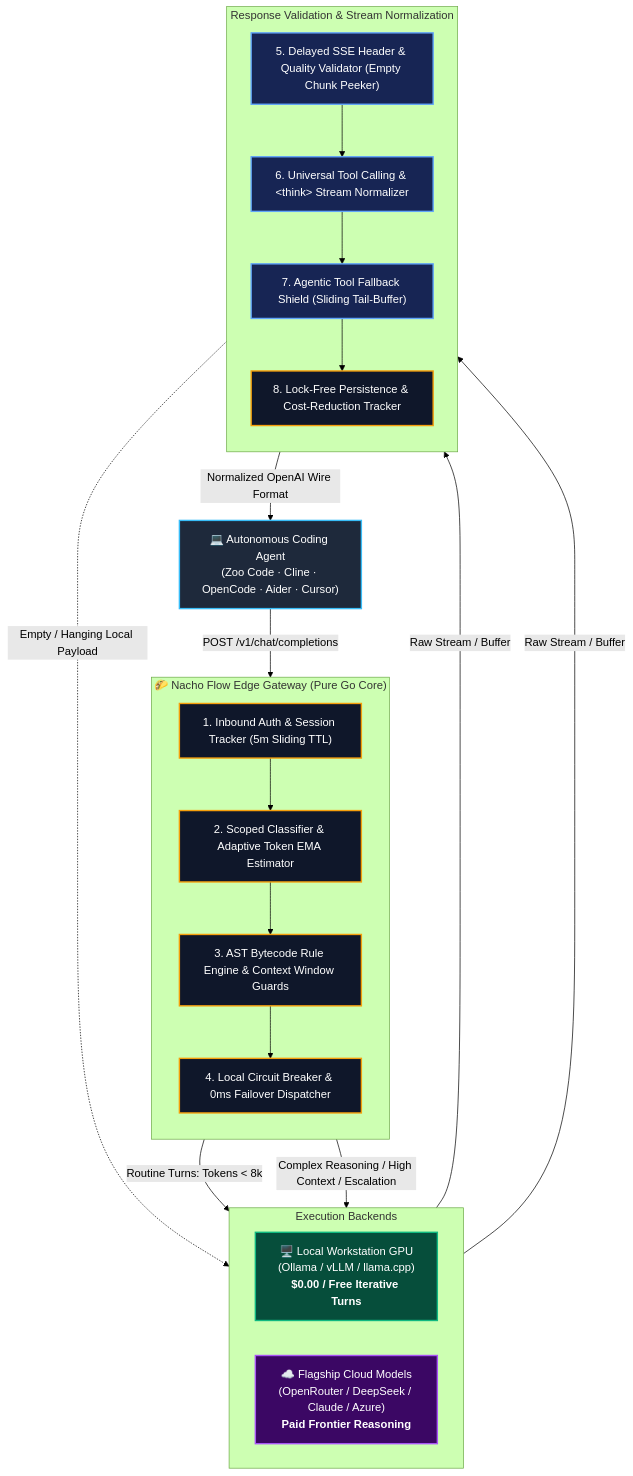
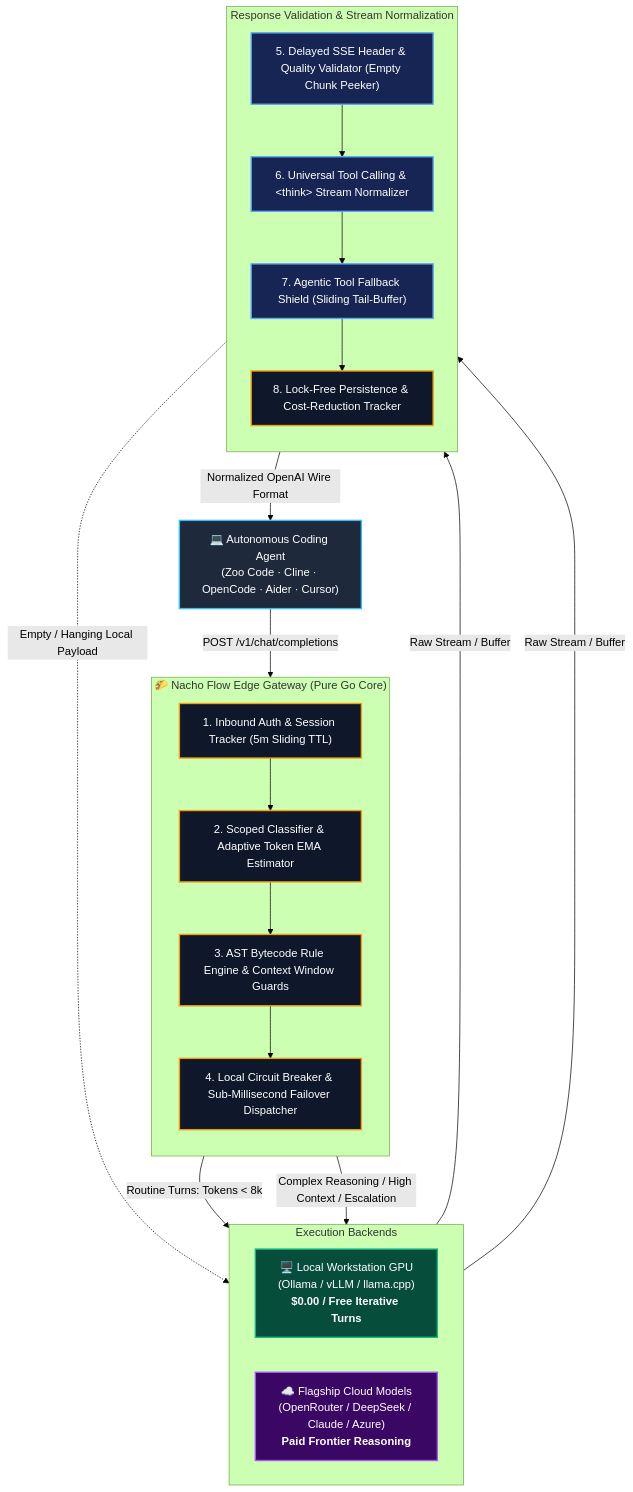
Before and after one commit to dixieflatline76/nacho-flow: the first of 2 diagrams in docs/ARCHITECTURE.md, drawn with Mermaid (forest theme). The commit also changed other lines of this file and 51 other files, not shown here.

````diff
--- a/docs/ARCHITECTURE.md
+++ b/docs/ARCHITECTURE.md
@@ -9,46 +9,46 @@
 ```mermaid
 flowchart TD
     classDef client fill:#1e293b,stroke:#38bdf8,stroke-width:2px,color:#fff;
     classDef core fill:#0f172a,stroke:#f59e0b,stroke-width:2px,color:#fff;
     classDef local fill:#064e3b,stroke:#10b981,stroke-width:2px,color:#fff;
     classDef cloud fill:#3b0764,stroke:#a855f7,stroke-width:2px,color:#fff;
     classDef tool fill:#172554,stroke:#60a5fa,stroke-width:2px,color:#fff;
 
     Client["💻 Autonomous Coding Agent<br/>(Zoo Code · Cline · OpenCode · Aider · Cursor)"]:::client
 
     subgraph NachoGateway ["🌮 Nacho Flow Edge Gateway (Pure Go Core)"]
         direction TB
         Auth["1. Inbound Auth & Session Tracker (5m Sliding TTL)"]:::core
         Classifier["2. Scoped Classifier & Adaptive Token EMA Estimator"]:::core
         Evaluator["3. AST Bytecode Rule Engine & Context Window Guards"]:::core
-        CircuitBreaker["4. Local Circuit Breaker & 0ms Failover Dispatcher"]:::core
+        CircuitBreaker["4. Local Circuit Breaker & Sub-Millisecond Failover Dispatcher"]:::core
         
         Auth --> Classifier --> Evaluator --> CircuitBreaker
     end
 
     subgraph Endpoints ["Execution Backends"]
         direction LR
         LocalGPU["🖥️ Local Workstation GPU<br/>(Ollama / vLLM / llama.cpp)<br/><b>$0.00 / Free Iterative Turns</b>"]:::local
         CloudAPI["☁️ Flagship Cloud Models<br/>(OpenRouter / DeepSeek / Claude / Azure)<br/><b>Paid Frontier Reasoning</b>"]:::cloud
     end
 
     subgraph ProcessingStack ["Response Validation & Stream Normalization"]
         direction TB
         DelayedHeader["5. Delayed SSE Header & Quality Validator (Empty Chunk Peeker)"]:::tool
         ToolNormalizer["6. Universal Tool Calling & &lt;think&gt; Stream Normalizer"]:::tool
         Shield["7. Agentic Tool Fallback Shield (Sliding Tail-Buffer)"]:::tool
         Telemetry["8. Lock-Free Persistence & Cost-Reduction Tracker"]:::core
 
         DelayedHeader --> ToolNormalizer --> Shield --> Telemetry
     end
 
     Client -->|POST /v1/chat/completions| Auth
     CircuitBreaker -->|Routine Turns: Tokens < 8k| LocalGPU
     CircuitBreaker -->|Complex Reasoning / High Context / Escalation| CloudAPI
 
     LocalGPU -->|Raw Stream / Buffer| DelayedHeader
     CloudAPI -->|Raw Stream / Buffer| DelayedHeader
 
     DelayedHeader -.->|Empty / Hanging Local Payload| CloudAPI
     Telemetry -->|Normalized OpenAI Wire Format| Client
 ```
````
